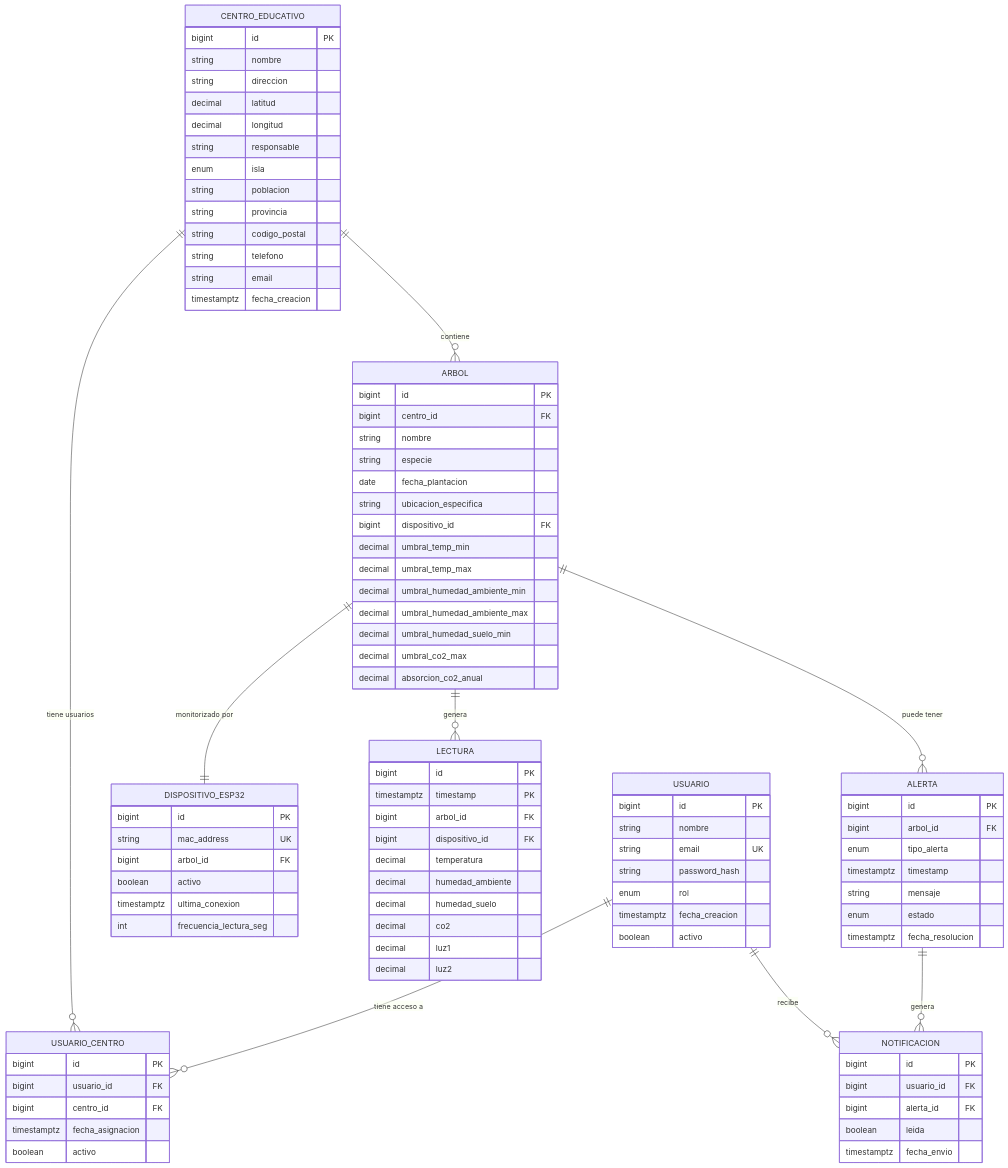
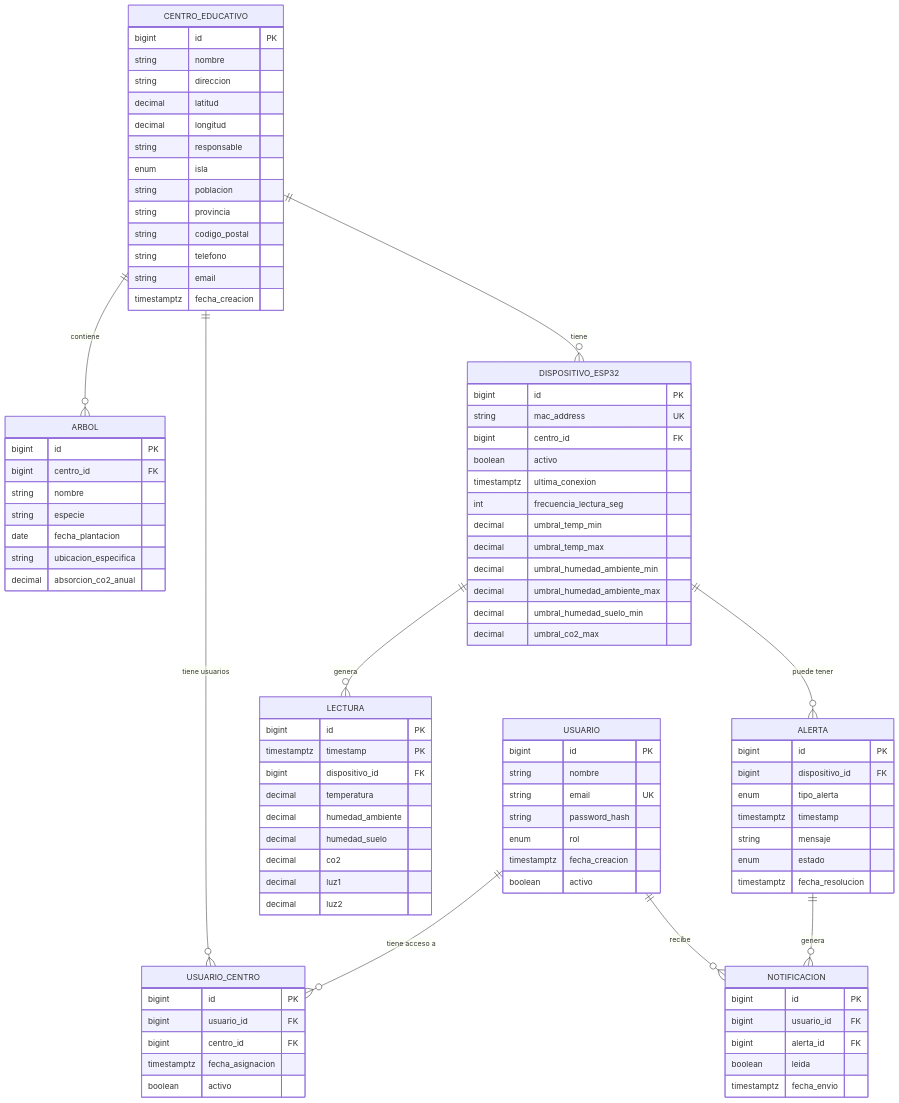
Before and after one commit to riordi80/vocational-training-final-project: the first of 2 diagrams in docs/04. MODELO_DATOS.md, drawn with Mermaid. The commit also changed other lines of this file and 6 other files, not shown here.

```diff
--- a/docs/04. MODELO_DATOS.md
+++ b/docs/04. MODELO_DATOS.md
@@ -50,9 +51,9 @@
     USUARIO ||--o{ USUARIO_CENTRO : "tiene acceso a"
     CENTRO_EDUCATIVO ||--o{ USUARIO_CENTRO : "tiene usuarios"
     CENTRO_EDUCATIVO ||--o{ ARBOL : "contiene"
-    ARBOL ||--|| DISPOSITIVO_ESP32 : "monitorizado por"
-    ARBOL ||--o{ LECTURA : "genera"
-    ARBOL ||--o{ ALERTA : "puede tener"
+    CENTRO_EDUCATIVO ||--o{ DISPOSITIVO_ESP32 : "tiene"
+    DISPOSITIVO_ESP32 ||--o{ LECTURA : "genera"
+    DISPOSITIVO_ESP32 ||--o{ ALERTA : "puede tener"
     ALERTA ||--o{ NOTIFICACION : "genera"
     USUARIO ||--o{ NOTIFICACION : "recibe"
 
@@ -89,29 +90,27 @@
         string especie
         date fecha_plantacion
         string ubicacion_especifica
-        bigint dispositivo_id FK
+        decimal absorcion_co2_anual
+    }
+
+    DISPOSITIVO_ESP32 {
+        bigint id PK
+        string mac_address UK
+        bigint centro_id FK
+        boolean activo
+        timestamptz ultima_conexion
+        int frecuencia_lectura_seg
         decimal umbral_temp_min
         decimal umbral_temp_max
         decimal umbral_humedad_ambiente_min
         decimal umbral_humedad_ambiente_max
         decimal umbral_humedad_suelo_min
         decimal umbral_co2_max
-        decimal absorcion_co2_anual
-    }
-
-    DISPOSITIVO_ESP32 {
-        bigint id PK
-        string mac_address UK
-        bigint arbol_id FK
-        boolean activo
-        timestamptz ultima_conexion
-        int frecuencia_lectura_seg
     }
 
     LECTURA {
         bigint id PK
         timestamptz timestamp PK
-        bigint arbol_id FK
         bigint dispositivo_id FK
         decimal temperatura
         decimal humedad_ambiente
@@ -123,7 +122,7 @@
 
     ALERTA {
         bigint id PK
-        bigint arbol_id FK
+        bigint dispositivo_id FK
         enum tipo_alerta
         timestamptz timestamp
         string mensaje
```
